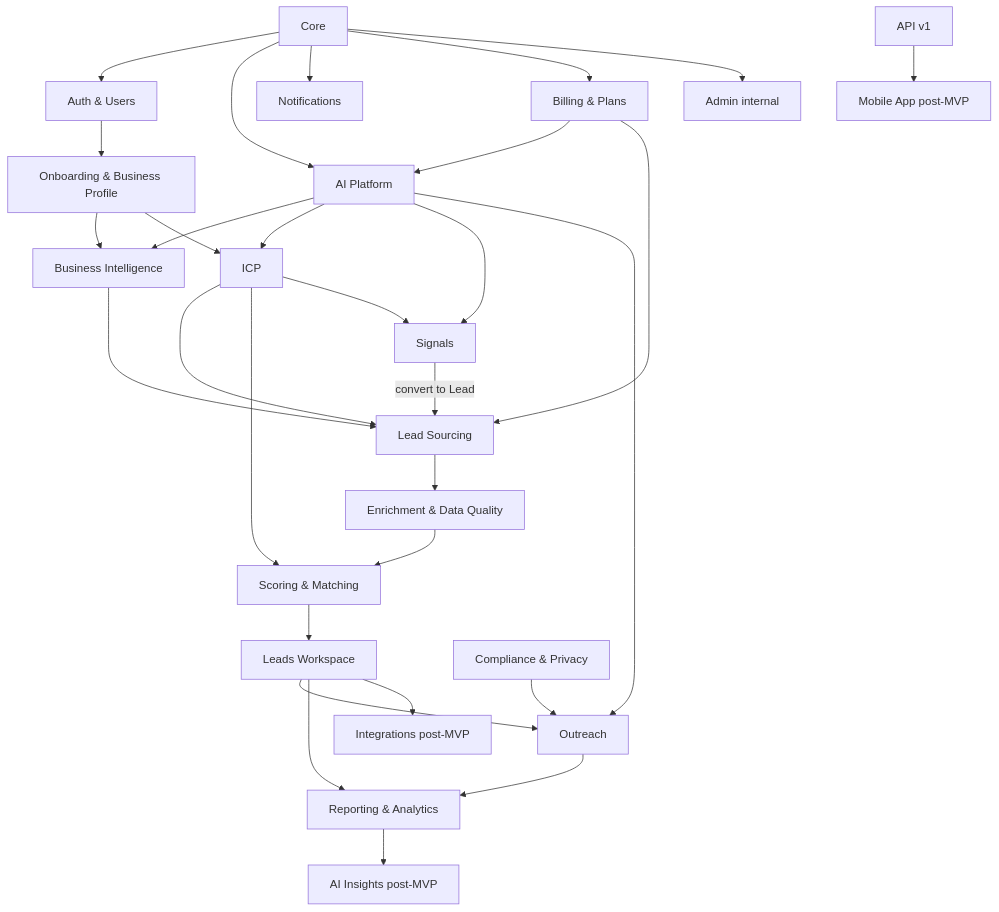
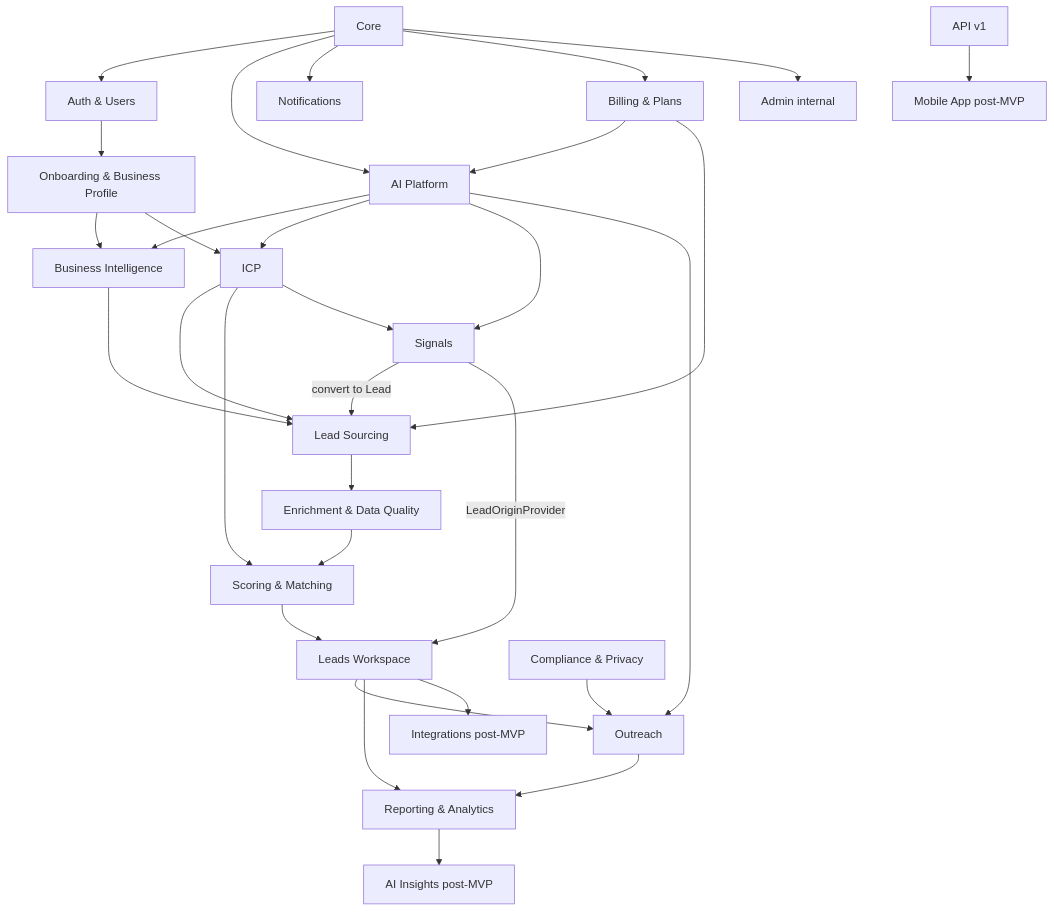
The second of 2 diagrams in docs/architecture.md (LordWatson/AlimaProspects), drawn with Mermaid before and after one commit. The commit also changed 115 other files, not shown here.

````diff
--- a/docs/architecture.md
+++ b/docs/architecture.md
@@ -39,32 +39,33 @@
 ```mermaid
 flowchart TD
   Core --> Auth[Auth & Users]
   Core --> AIp[AI Platform]
   Auth --> Onb[Onboarding & Business Profile]
   Onb --> BI[Business Intelligence]
   Onb --> ICP
   AIp --> BI
   AIp --> ICP
   ICP --> LS[Lead Sourcing]
   BI --> LS
   LS --> Enr[Enrichment & Data Quality]
   Enr --> Sc[Scoring & Matching]
   ICP --> Sc
   Sc --> LW[Leads Workspace]
   AIp --> Sig[Signals]
   ICP --> Sig
   Sig -->|convert to Lead| LS
+  Sig -->|LeadOriginProvider| LW
   LW --> Out[Outreach]
   AIp --> Out
   Comp[Compliance & Privacy] --> Out
   LW --> Rep[Reporting & Analytics]
   Out --> Rep
   Rep --> Ins[AI Insights post-MVP]
   Core --> Notif[Notifications]
   Core --> Bill[Billing & Plans]
   Bill --> AIp
   Bill --> LS
   Core --> Admin[Admin internal]
   LW --> Integ[Integrations post-MVP]
   API[API v1] --> Mob[Mobile App post-MVP]
 ```
````
